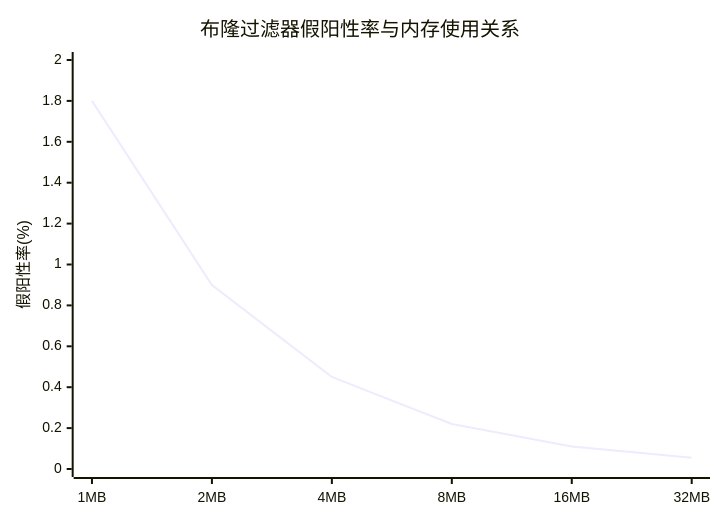
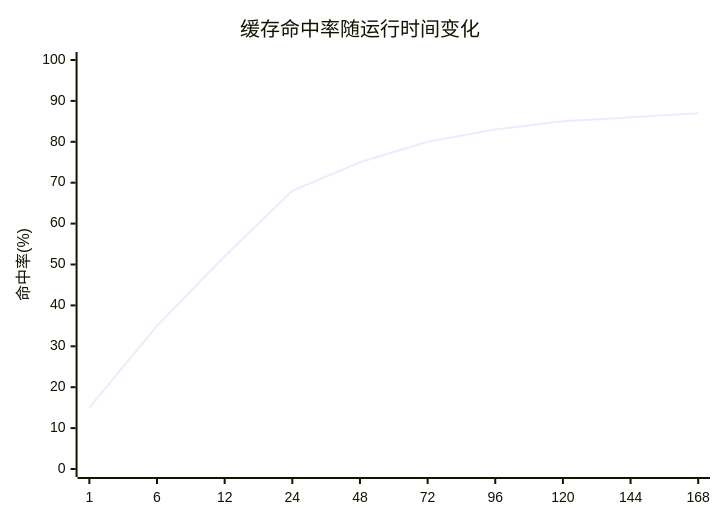
One commit to crazypenguincode/duckdb changed the seventh of 25 diagrams in md/第五章-实验与分析.md. Above: the diagram before and after it, drawn with Mermaid. The commit also changed other lines of this file and 361 other files, not shown here.

````diff
--- a/md/第五章-实验与分析.md
+++ b/md/第五章-实验与分析.md
@@ -299,7 +256,7 @@
 ```mermaid
 xychart-beta
-    title "布隆过滤器假阳性率与内存使用关系"
-    x-axis [1MB, 2MB, 4MB, 8MB, 16MB, 32MB]
-    y-axis "假阳性率(%)" 0 --> 2
-    line [1.8, 0.9, 0.45, 0.22, 0.11, 0.055]
+    title "缓存命中率随运行时间变化"
+    x-axis [1, 6, 12, 24, 48, 72, 96, 120, 144, 168]
+    y-axis "命中率(%)" 0 --> 100
+    line [15, 35, 52, 68, 75, 80, 83, 85, 86, 87]
 ```
````
